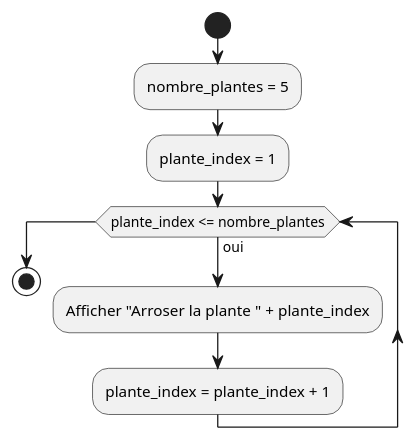
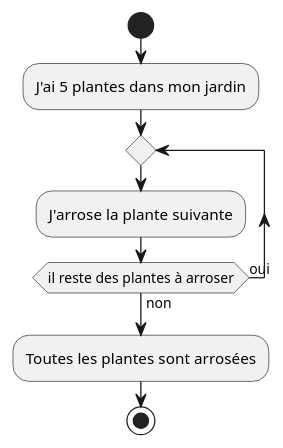
The sixth of 7 diagrams in 03.01-iteration/01-supports-de-cours/README.md (HEIG-VD-Prog-Course/HEIG-VD-ProgIM-Course), drawn with PlantUML before and after one commit. The commit also changed other lines of this file and 18 other files, not shown here.

Commit message:
Add new PlantUML diagrams and images for iteration examples; remove outdated iteration files

````diff
--- a/03.01-iteration/01-supports-de-cours/README.md
+++ b/03.01-iteration/01-supports-de-cours/README.md
@@ -265,12 +315,11 @@
 ```plantuml
 @startuml
 start
-:nombre_plantes = 5;
-:plante_index = 1;
-while (plante_index <= nombre_plantes) is (oui)
-    :Afficher "Arroser la plante " + plante_index;
-    :plante_index = plante_index + 1;
-endwhile
+:J'ai 5 plantes dans mon jardin;
+repeat
+  :J'arrose la plante suivante;
+repeat while (il reste des plantes à arroser) is (oui) not (non)
+:Toutes les plantes sont arrosées;
 stop
 @enduml
 ```
````
